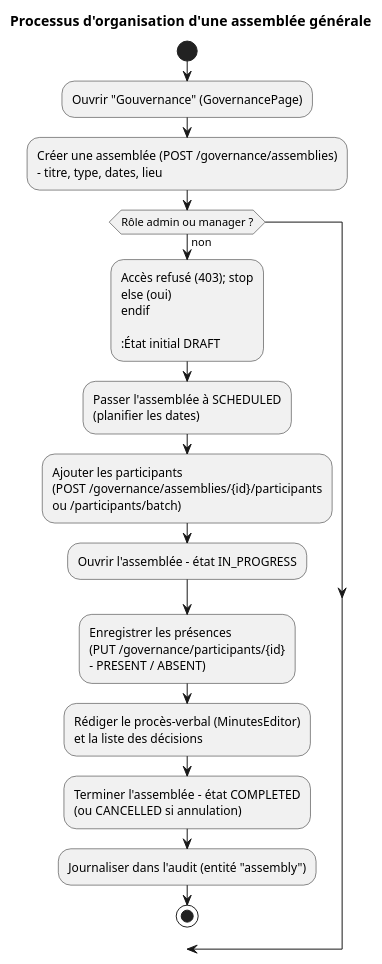
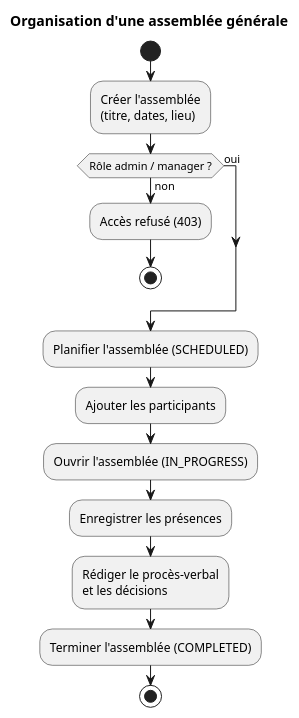
The diagram in puml/figure14_processus_assemblee_generale.puml (louvinx/sysgeca_documentation), drawn with PlantUML before and after one commit. The commit also changed 12 other files, not shown here.

```diff
--- a/puml/figure14_processus_assemblee_generale.puml
+++ b/puml/figure14_processus_assemblee_generale.puml
@@ -1,33 +1,20 @@
 @startuml
-title Processus d'organisation d'une assemblée générale
+title Organisation d'une assemblée générale
 
 skinparam shadowing false
 
 start
-:Ouvrir "Gouvernance" (GovernancePage);
-
-:Créer une assemblée (POST /governance/assemblies)\n- titre, type, dates, lieu;
-
-if (Rôle admin ou manager ?) then (non)
-  :Accès refusé (403); stop
+:Créer l'assemblée\n(titre, dates, lieu);
+if (Rôle admin / manager ?) then (non)
+  :Accès refusé (403);
+  stop
 else (oui)
 endif
-
-:État initial DRAFT;
-
-:Passer l'assemblée à SCHEDULED\n(planifier les dates);
-
-:Ajouter les participants\n(POST /governance/assemblies/{id}/participants\nou /participants/batch);
-
-:Ouvrir l'assemblée - état IN_PROGRESS;
-
-:Enregistrer les présences\n(PUT /governance/participants/{id}\n- PRESENT / ABSENT);
-
-:Rédiger le procès-verbal (MinutesEditor)\net la liste des décisions;
-
-:Terminer l'assemblée - état COMPLETED\n(ou CANCELLED si annulation);
-
-:Journaliser dans l'audit (entité "assembly");
-
+:Planifier l'assemblée (SCHEDULED);
+:Ajouter les participants;
+:Ouvrir l'assemblée (IN_PROGRESS);
+:Enregistrer les présences;
+:Rédiger le procès-verbal\net les décisions;
+:Terminer l'assemblée (COMPLETED);
 stop
 @enduml
```
